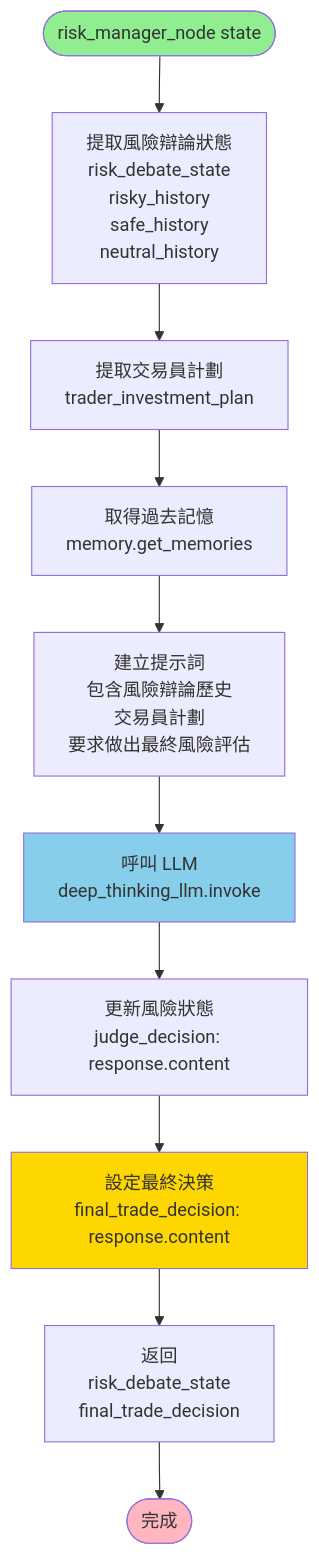
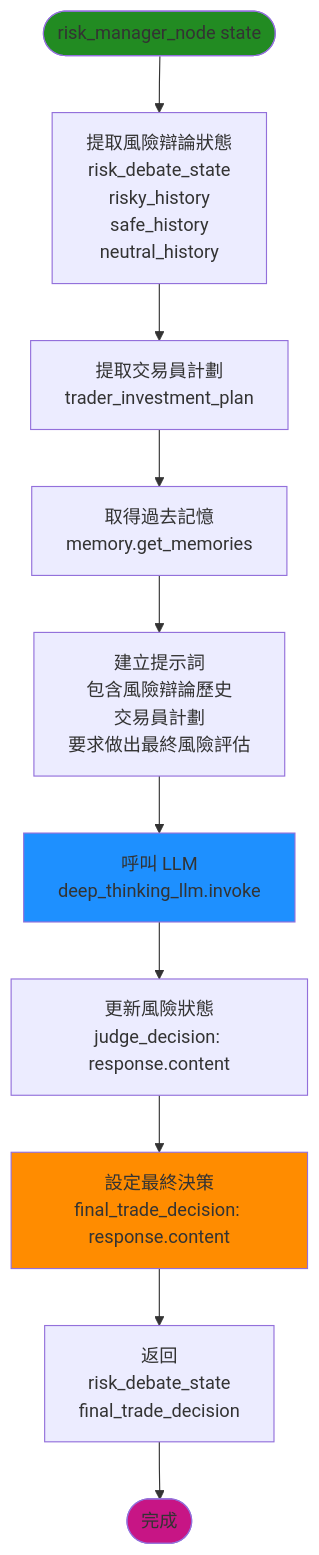
Before and after one commit to chitienshih-wq/Git_Test: diagram 14 of 19 in 流程圖.md, drawn with Mermaid. The commit also changed other lines of this file, not shown here.

````diff
--- a/流程圖.md
+++ b/流程圖.md
@@ -472,25 +472,25 @@
 ```mermaid
 flowchart TD
     Start([risk_manager_node state]) --> ExtractRiskState[提取風險辯論狀態<br/>risk_debate_state<br/>risky_history<br/>safe_history<br/>neutral_history]
     
     ExtractRiskState --> ExtractTraderPlan[提取交易員計劃<br/>trader_investment_plan]
     
     ExtractTraderPlan --> GetMemories[取得過去記憶<br/>memory.get_memories]
     
     GetMemories --> CreatePrompt[建立提示詞<br/>包含風險辯論歷史<br/>交易員計劃<br/>要求做出最終風險評估]
     
     CreatePrompt --> InvokeLLM[呼叫 LLM<br/>deep_thinking_llm.invoke]
     
     InvokeLLM --> UpdateRiskState[更新風險狀態<br/>judge_decision: response.content]
     
     UpdateRiskState --> SetFinalDecision[設定最終決策<br/>final_trade_decision: response.content]
     
     SetFinalDecision --> Return[返回<br/>risk_debate_state<br/>final_trade_decision]
     
     Return --> End([完成])
     
-    style Start fill:#90EE90
-    style End fill:#FFB6C1
-    style InvokeLLM fill:#87CEEB
-    style SetFinalDecision fill:#FFD700
+    style Start fill:#228B22
+    style End fill:#C71585
+    style InvokeLLM fill:#1E90FF
+    style SetFinalDecision fill:#FF8C00
 ```
````
